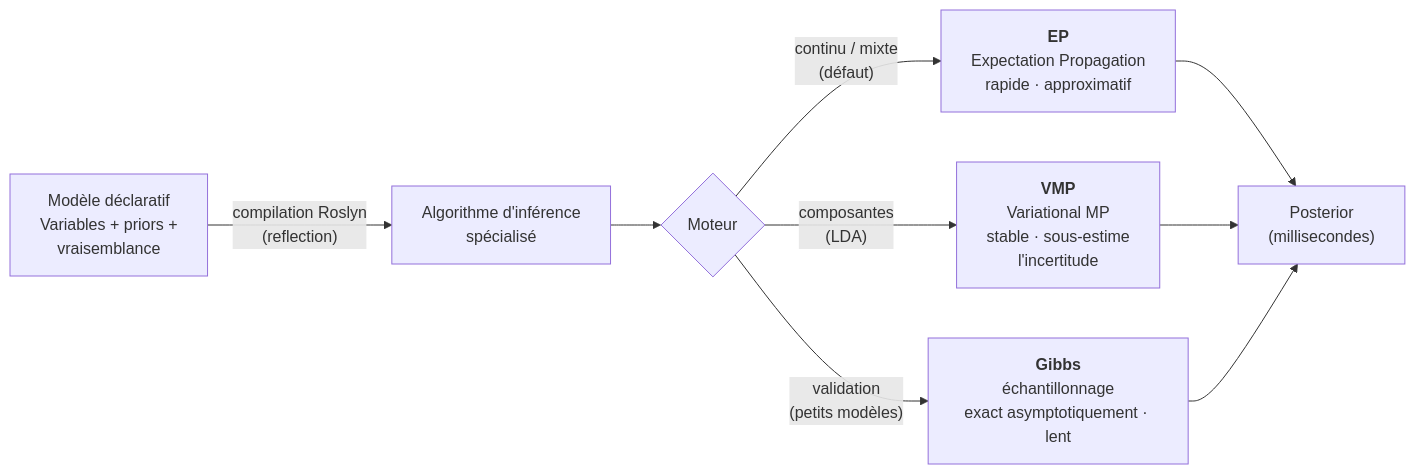
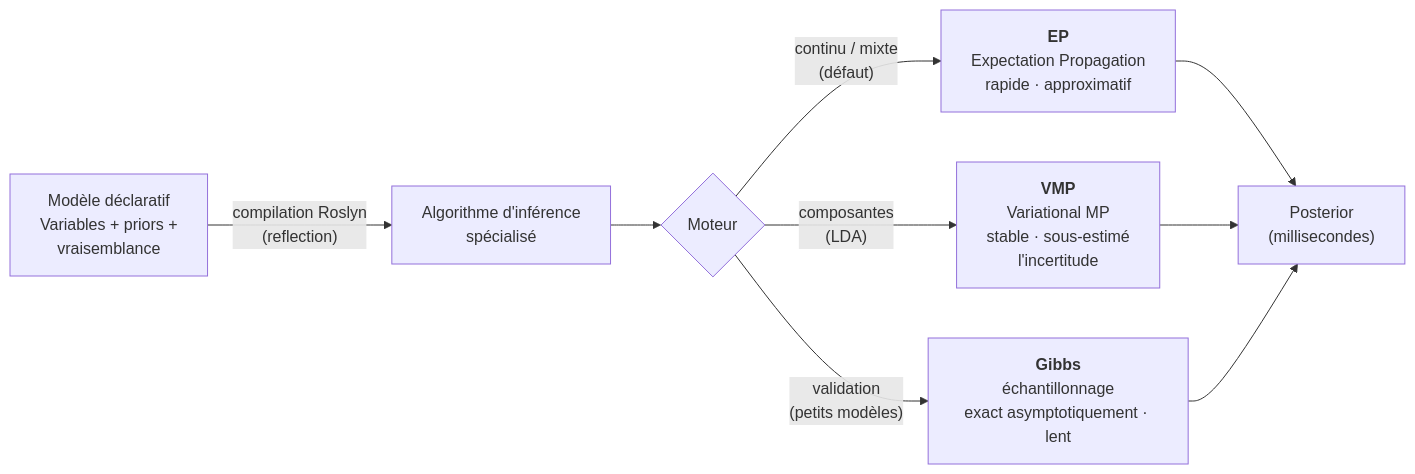
Before and after one commit to jsboige/CoursIA: the first of 2 diagrams in MyIA.AI.Notebooks/Probas/Infer/README.md, drawn with Mermaid. The commit also changed other lines of this file, not shown here.

First line of the commit message:
docs(probas): accents manquants README sous-série Infer (See #2876)

````diff
--- a/MyIA.AI.Notebooks/Probas/Infer/README.md
+++ b/MyIA.AI.Notebooks/Probas/Infer/README.md
@@ -19,11 +19,11 @@
 ```mermaid
 flowchart LR
     MOD["Modèle déclaratif<br/>Variables + priors +<br/>vraisemblance"] -->|"compilation Roslyn<br/>(reflection)"| SPEC["Algorithme d'inférence<br/>spécialisé"]
     SPEC --> ENG{"Moteur"}
     ENG -->|"continu / mixte<br/>(défaut)"| EP["<b>EP</b><br/>Expectation Propagation<br/>rapide · approximatif"]
-    ENG -->|"composantes<br/>(LDA)"| VMP["<b>VMP</b><br/>Variational MP<br/>stable · sous-estime<br/>l'incertitude"]
+    ENG -->|"composantes<br/>(LDA)"| VMP["<b>VMP</b><br/>Variational MP<br/>stable · sous-estimé<br/>l'incertitude"]
     ENG -->|"validation<br/>(petits modèles)"| GIBBS["<b>Gibbs</b><br/>échantillonnage<br/>exact asymptotiquement · lent"]
     EP --> POST["Posterior<br/>(millisecondes)"]
     VMP --> POST
     GIBBS --> POST
 ```
````
